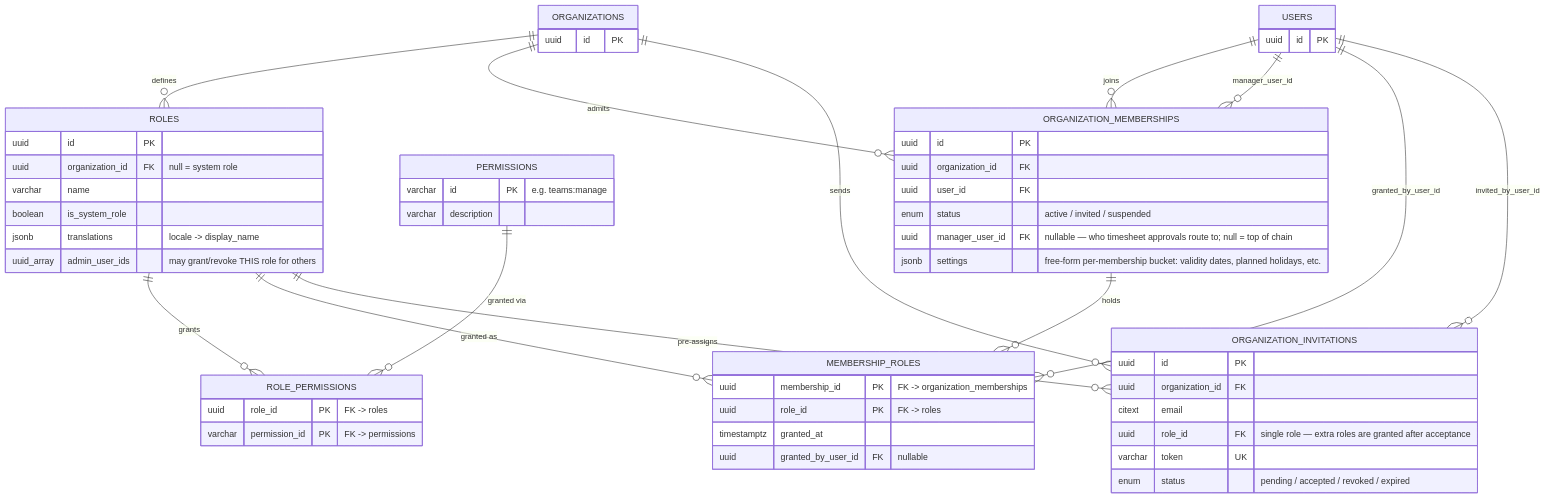
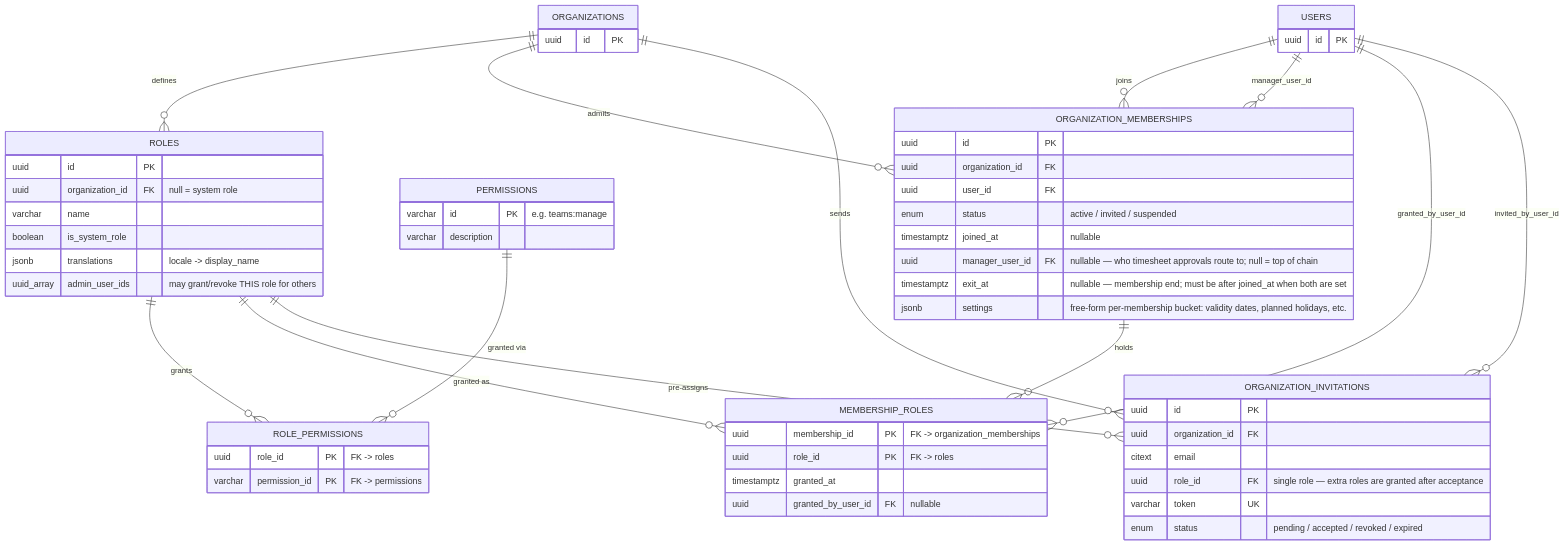
One commit to fporoli/worktime3 changed the third of 13 diagrams in docs/DATABASE_SCHEMA.md. Above: the diagram before and after it, drawn with Mermaid. The commit also changed other lines of this file and 5 other files, not shown here.

````diff
--- a/docs/DATABASE_SCHEMA.md
+++ b/docs/DATABASE_SCHEMA.md
@@ -75,56 +103,58 @@
 ```mermaid
 erDiagram
     ORGANIZATIONS ||--o{ ROLES : "defines"
     ROLES ||--o{ ROLE_PERMISSIONS : "grants"
     PERMISSIONS ||--o{ ROLE_PERMISSIONS : "granted via"
     ORGANIZATIONS ||--o{ ORGANIZATION_MEMBERSHIPS : "admits"
     USERS ||--o{ ORGANIZATION_MEMBERSHIPS : "joins"
     USERS ||--o{ ORGANIZATION_MEMBERSHIPS : "manager_user_id"
     ORGANIZATION_MEMBERSHIPS ||--o{ MEMBERSHIP_ROLES : "holds"
     ROLES ||--o{ MEMBERSHIP_ROLES : "granted as"
     USERS ||--o{ MEMBERSHIP_ROLES : "granted_by_user_id"
     ORGANIZATIONS ||--o{ ORGANIZATION_INVITATIONS : "sends"
     ROLES ||--o{ ORGANIZATION_INVITATIONS : "pre-assigns"
     USERS ||--o{ ORGANIZATION_INVITATIONS : "invited_by_user_id"
 
     ROLES {
         uuid id PK
         uuid organization_id FK "null = system role"
         varchar name
         boolean is_system_role
         jsonb translations "locale -> display_name"
         uuid_array admin_user_ids "may grant/revoke THIS role for others"
     }
     PERMISSIONS {
         varchar id PK "e.g. teams:manage"
         varchar description
     }
     ROLE_PERMISSIONS {
         uuid role_id PK "FK -> roles"
         varchar permission_id PK "FK -> permissions"
     }
     ORGANIZATION_MEMBERSHIPS {
         uuid id PK
         uuid organization_id FK
         uuid user_id FK
         enum status "active / invited / suspended"
+        timestamptz joined_at "nullable"
         uuid manager_user_id FK "nullable — who timesheet approvals route to; null = top of chain"
+        timestamptz exit_at "nullable — membership end; must be after joined_at when both are set"
         jsonb settings "free-form per-membership bucket: validity dates, planned holidays, etc."
     }
     MEMBERSHIP_ROLES {
         uuid membership_id PK "FK -> organization_memberships"
         uuid role_id PK "FK -> roles"
         timestamptz granted_at
         uuid granted_by_user_id FK "nullable"
     }
     ORGANIZATION_INVITATIONS {
         uuid id PK
         uuid organization_id FK
         citext email
         uuid role_id FK "single role — extra roles are granted after acceptance"
         varchar token UK
         enum status "pending / accepted / revoked / expired"
     }
     USERS { uuid id PK }
     ORGANIZATIONS { uuid id PK }
 ```
````
